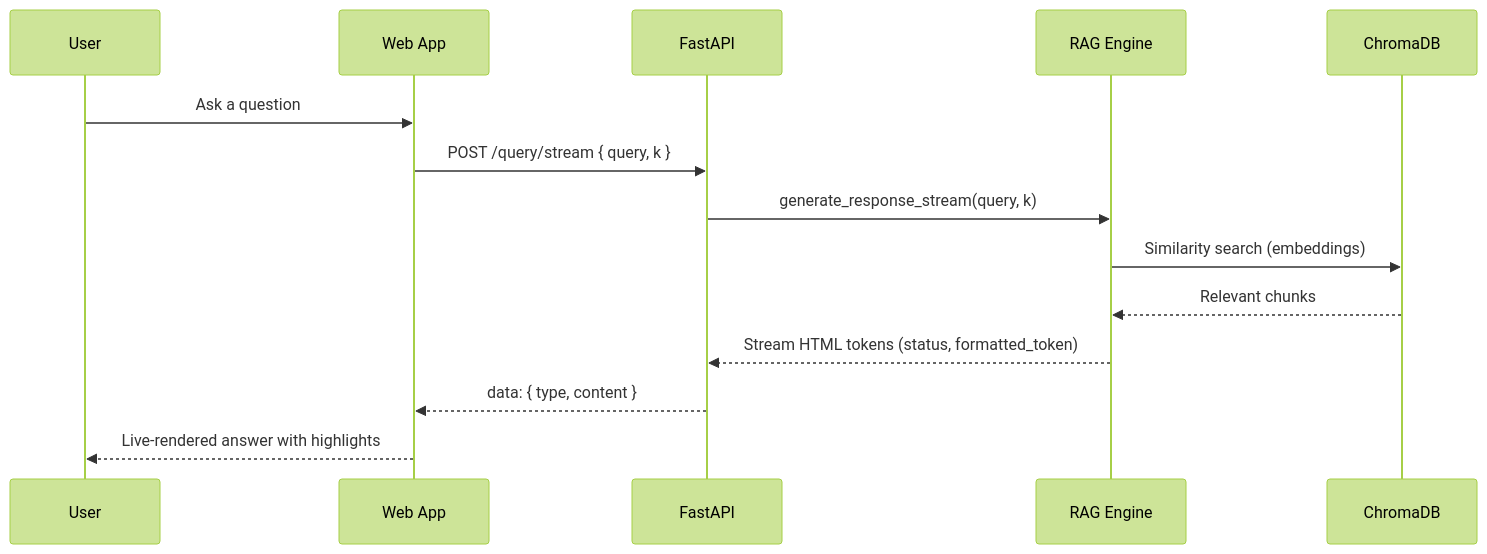
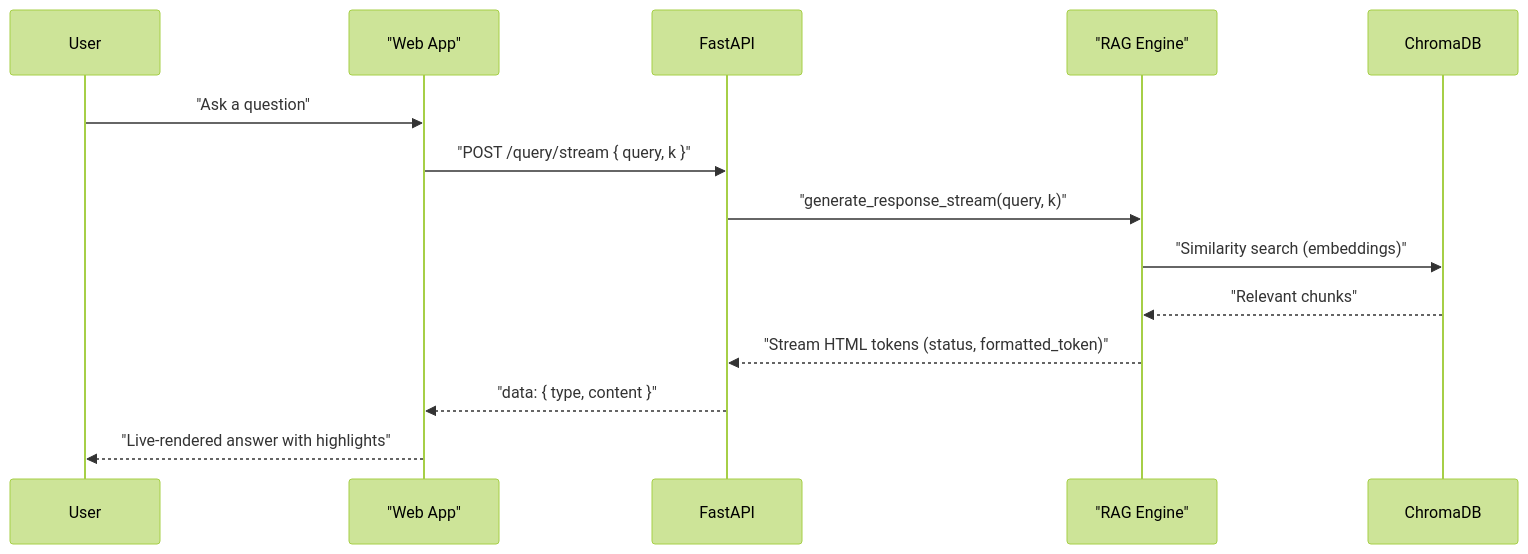
One commit to HorizonChaser12/Ragineer-Test changed the third of 3 diagrams in README.md. Above: the diagram before and after it, drawn with Mermaid (forest theme). The commit also changed other lines of this file, not shown here.

````diff
--- a/README.md
+++ b/README.md
@@ -64,16 +64,16 @@
 ```mermaid
 sequenceDiagram
   participant U as User
-  participant UI as Web App
+  participant UI as "Web App"
   participant API as FastAPI
-  participant RAG as RAG Engine
+  participant RAG as "RAG Engine"
   participant DB as ChromaDB
-  U->>UI: Ask a question
-  UI->>API: POST /query/stream { query, k }
-  API->>RAG: generate_response_stream(query, k)
-  RAG->>DB: Similarity search (embeddings)
-  DB-->>RAG: Relevant chunks
-  RAG-->>API: Stream HTML tokens (status, formatted_token)
-  API-->>UI: data: { type, content }
-  UI-->>U: Live-rendered answer with highlights
+  U->>UI: "Ask a question"
+  UI->>API: "POST /query/stream { query, k }"
+  API->>RAG: "generate_response_stream(query, k)"
+  RAG->>DB: "Similarity search (embeddings)"
+  DB-->>RAG: "Relevant chunks"
+  RAG-->>API: "Stream HTML tokens (status, formatted_token)"
+  API-->>UI: "data: { type, content }"
+  UI-->>U: "Live-rendered answer with highlights"
 ```
````
